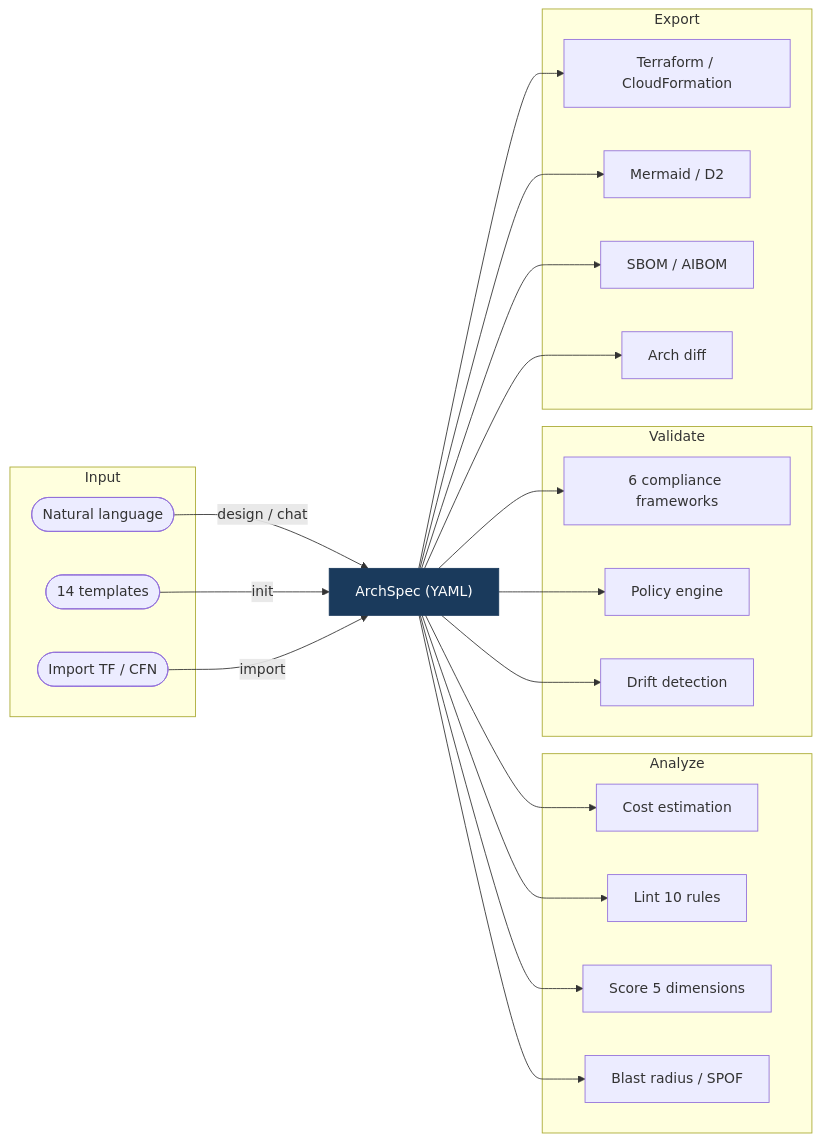
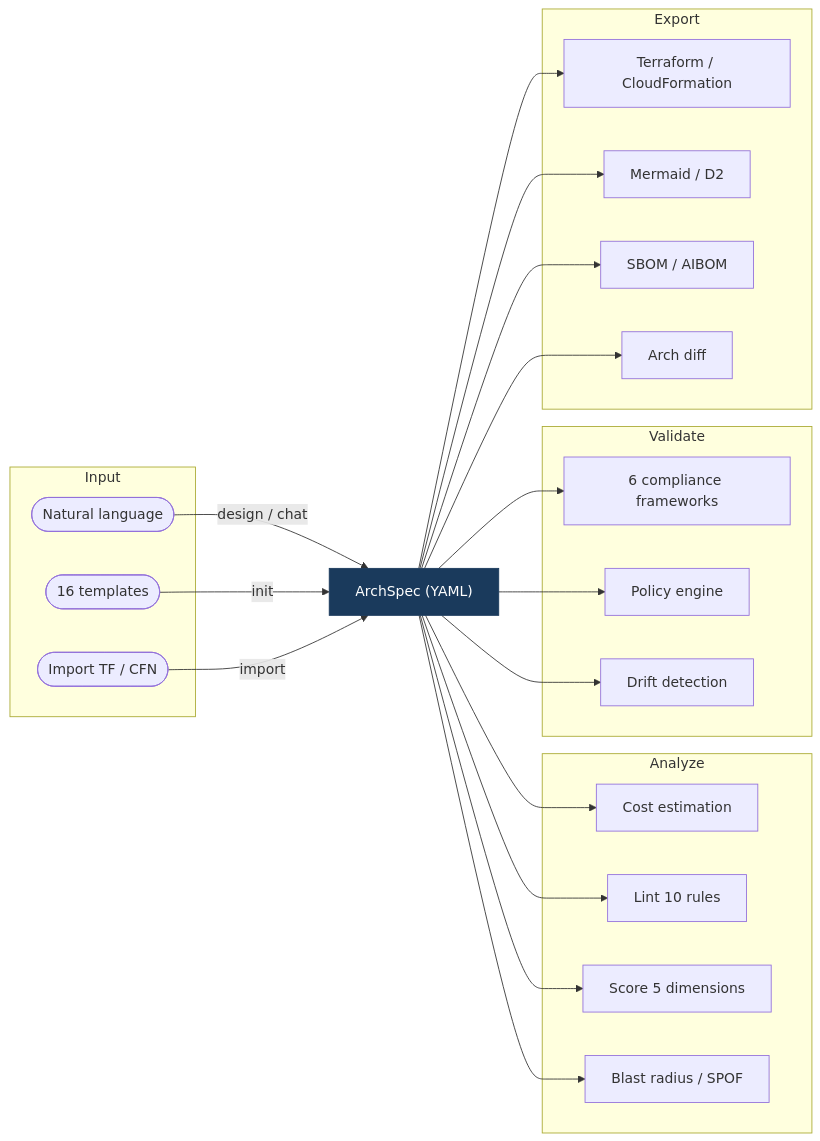
One commit to xmpuspus/cloudwright changed the first of 2 diagrams in README.md. Above: the diagram before and after it, drawn with Mermaid. The commit also changed other lines of this file and 29 other files, not shown here.

````diff
--- a/README.md
+++ b/README.md
@@ -13,40 +13,40 @@
 ```mermaid
 flowchart LR
     subgraph Input
         nl(["Natural language"])
-        tpl(["14 templates"])
+        tpl(["16 templates"])
         imp(["Import TF / CFN"])
     end
 
     spec["ArchSpec (YAML)"]
 
     subgraph Analyze
         cost["Cost estimation"]
         lint["Lint 10 rules"]
         score["Score 5 dimensions"]
         blast["Blast radius / SPOF"]
     end
 
     subgraph Validate
         comply["6 compliance frameworks"]
         policy["Policy engine"]
         drift["Drift detection"]
     end
 
     subgraph Export
         iac["Terraform / CloudFormation"]
         diagram["Mermaid / D2"]
         sbom["SBOM / AIBOM"]
         diff["Arch diff"]
     end
 
     nl -- design / chat --> spec
     tpl -- init --> spec
     imp -- import --> spec
 
     spec --> cost & lint & score & blast
     spec --> comply & policy & drift
     spec --> iac & diagram & sbom & diff
 
     style spec fill:#1a3a5c,stroke:#1a3a5c,color:#fff
 ```
````
